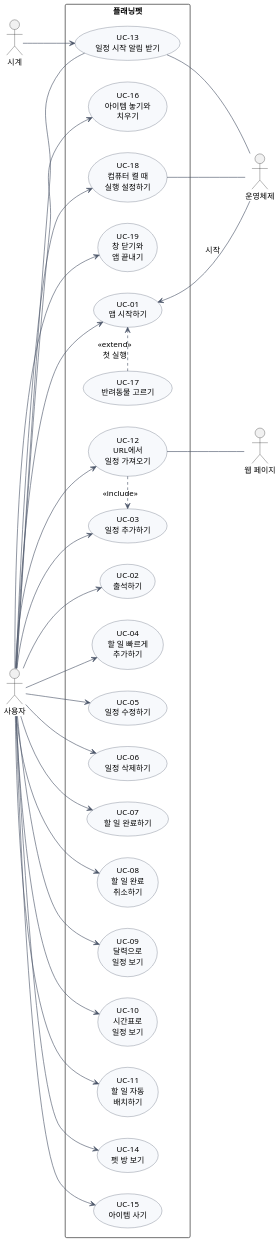
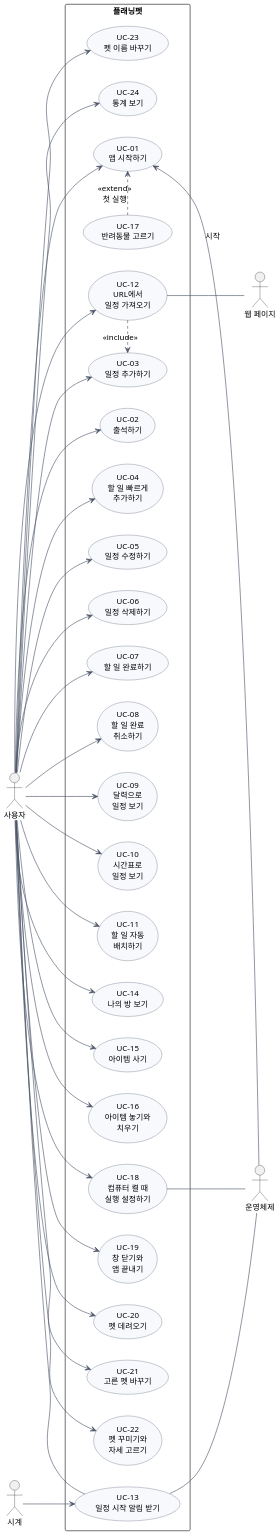
One commit to 2026-2-software-system-design-11/planning-pet-app changed the diagram in docs/diagrams/usecase.puml. Above: the diagram before and after it, drawn with PlantUML. The commit also changed 2 other files, not shown here.

```diff
--- a/docs/diagrams/usecase.puml
+++ b/docs/diagrams/usecase.puml
@@ -1,69 +1,79 @@
 @startuml usecase
 left to right direction
 skinparam shadowing false
 skinparam defaultFontName "Apple SD Gothic Neo"
 skinparam defaultFontSize 13
 skinparam dpi 150
 skinparam packageStyle rectangle
 skinparam ranksep 80
 skinparam usecase {
   BackgroundColor #F7F9FC
   BorderColor #4A5568
 }
 skinparam ArrowColor #4A5568
 
 actor "사용자" as User
 actor "시계" as Clock
 actor "운영체제" as OS
 actor "웹 페이지" as Web
 
 rectangle "플래닝펫" {
   usecase "UC-01\n앱 시작하기" as UC01
   usecase "UC-17\n반려동물 고르기" as UC17
   usecase "UC-02\n출석하기" as UC02
   usecase "UC-03\n일정 추가하기" as UC03
   usecase "UC-04\n할 일 빠르게\n추가하기" as UC04
   usecase "UC-05\n일정 수정하기" as UC05
   usecase "UC-06\n일정 삭제하기" as UC06
   usecase "UC-07\n할 일 완료하기" as UC07
   usecase "UC-08\n할 일 완료\n취소하기" as UC08
   usecase "UC-09\n달력으로\n일정 보기" as UC09
   usecase "UC-10\n시간표로\n일정 보기" as UC10
   usecase "UC-11\n할 일 자동\n배치하기" as UC11
   usecase "UC-12\nURL에서\n일정 가져오기" as UC12
   usecase "UC-13\n일정 시작 알림 받기" as UC13
-  usecase "UC-14\n펫 방 보기" as UC14
+  usecase "UC-14\n나의 방 보기" as UC14
   usecase "UC-15\n아이템 사기" as UC15
   usecase "UC-16\n아이템 놓기와\n치우기" as UC16
   usecase "UC-18\n컴퓨터 켤 때\n실행 설정하기" as UC18
   usecase "UC-19\n창 닫기와\n앱 끝내기" as UC19
+  usecase "UC-20\n펫 데려오기" as UC20
+  usecase "UC-21\n고른 펫 바꾸기" as UC21
+  usecase "UC-22\n펫 꾸미기와\n자세 고르기" as UC22
+  usecase "UC-23\n펫 이름 바꾸기" as UC23
+  usecase "UC-24\n통계 보기" as UC24
 }
 
 User --> UC01
 User --> UC02
 User --> UC03
 User --> UC04
 User --> UC05
 User --> UC06
 User --> UC07
 User --> UC08
 User --> UC09
 User --> UC10
 User --> UC11
 User --> UC12
 User --> UC14
 User --> UC15
 User --> UC16
 User --> UC18
 User --> UC19
+User --> UC20
+User --> UC21
+User --> UC22
+User --> UC23
+User --> UC24
 Clock --> UC13
 
 UC01 <-- OS : 시작
 UC13 -- OS
 UC18 -- OS
 UC13 -- User
 UC12 -- Web
 
 UC17 .> UC01 : <<extend>>\n첫 실행
 UC12 .> UC03 : <<include>>
 @enduml
```
